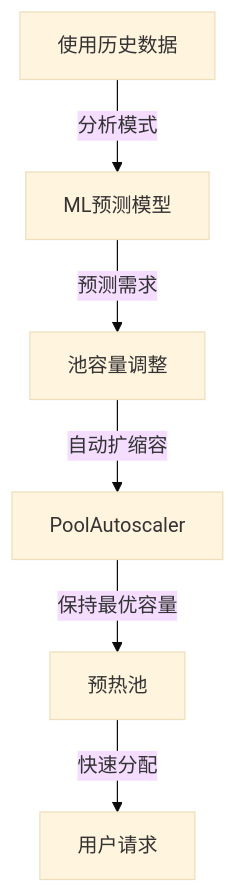
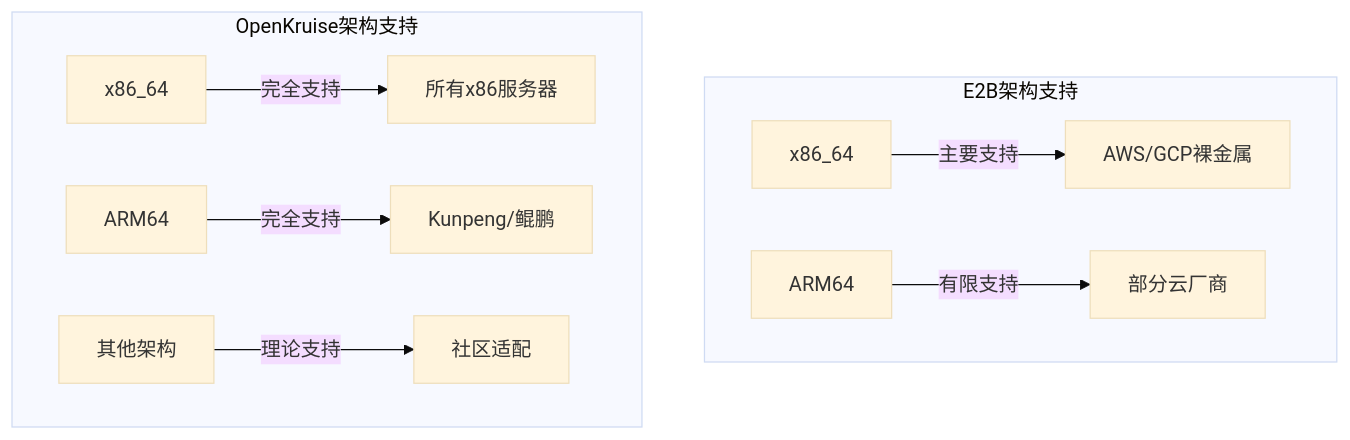
The seventh of 20 diagrams in docs/superpowers/specs/2026-03-22-agent-sandbox-technical-roadmap.md (QJWang23/sandbox), drawn with Mermaid (base theme) before and after one commit. The commit also changed other lines of this file, not shown here.

First line of the commit message:
Update technical roadmap with production scenarios focus

````diff
--- a/docs/superpowers/specs/2026-03-22-agent-sandbox-technical-roadmap.md
+++ b/docs/superpowers/specs/2026-03-22-agent-sandbox-technical-roadmap.md
@@ -299,10 +259,13 @@
 ```mermaid
 graph TB
-    A[使用历史数据] -->|分析模式| B[ML预测模型]
-    B -->|预测需求| C[池容量调整]
-    C -->|自动扩缩容| D[PoolAutoscaler]
+    subgraph "E2B架构支持"
+        A[x86_64] -->|主要支持| B[AWS/GCP裸金属]
+        C[ARM64] -->|有限支持| D[部分云厂商]
+    end
 
-    D -->|保持最优容量| E[预热池]
-
-    E -->|快速分配| F[用户请求]
+    subgraph "OpenKruise架构支持"
+        E[x86_64] -->|完全支持| F[所有x86服务器]
+        G[ARM64] -->|完全支持| H[Kunpeng/鲲鹏]
+        I[其他架构] -->|理论支持| J[社区适配]
+    end
 ```
````
